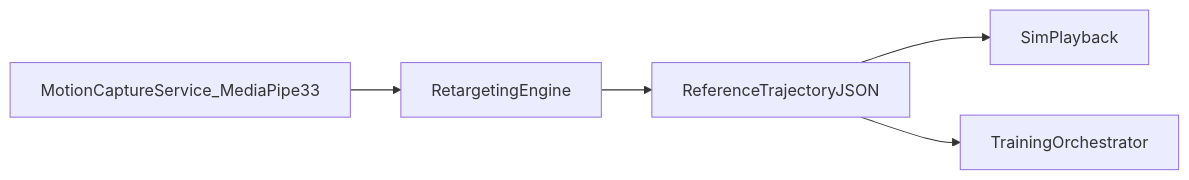
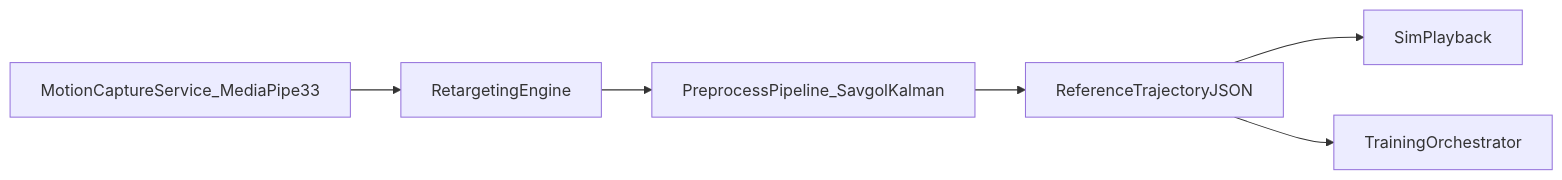
The third of 6 diagrams in docs/skill_foundry/02_architecture.md (Saitosar/AUROSY-Skill-Factory-Platform), drawn with Mermaid before and after one commit. The commit also changed other lines of this file and 35 other files, not shown here.

````diff
--- a/docs/skill_foundry/02_architecture.md
+++ b/docs/skill_foundry/02_architecture.md
@@ -37,7 +37,8 @@
 ```mermaid
 flowchart LR
   capture[MotionCaptureService_MediaPipe33] --> retarget[RetargetingEngine]
-  retarget --> refJson[ReferenceTrajectoryJSON]
+  retarget --> preprocess[PreprocessPipeline_SavgolKalman]
+  preprocess --> refJson[ReferenceTrajectoryJSON]
   refJson --> playback[SimPlayback]
   refJson --> queue[TrainingOrchestrator]
 ```
````
